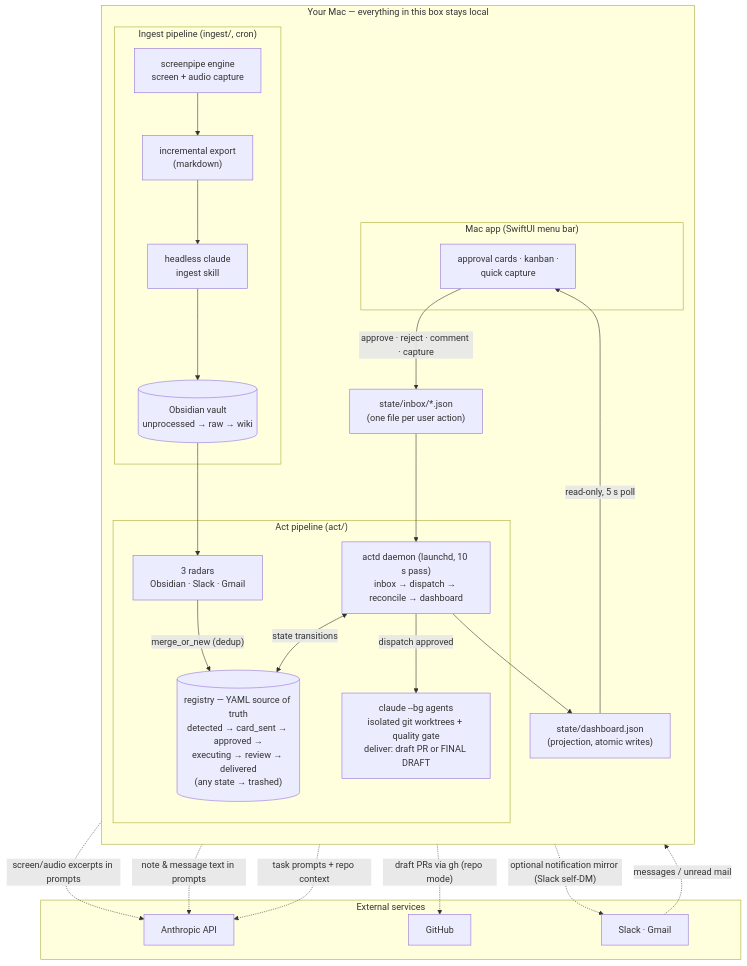
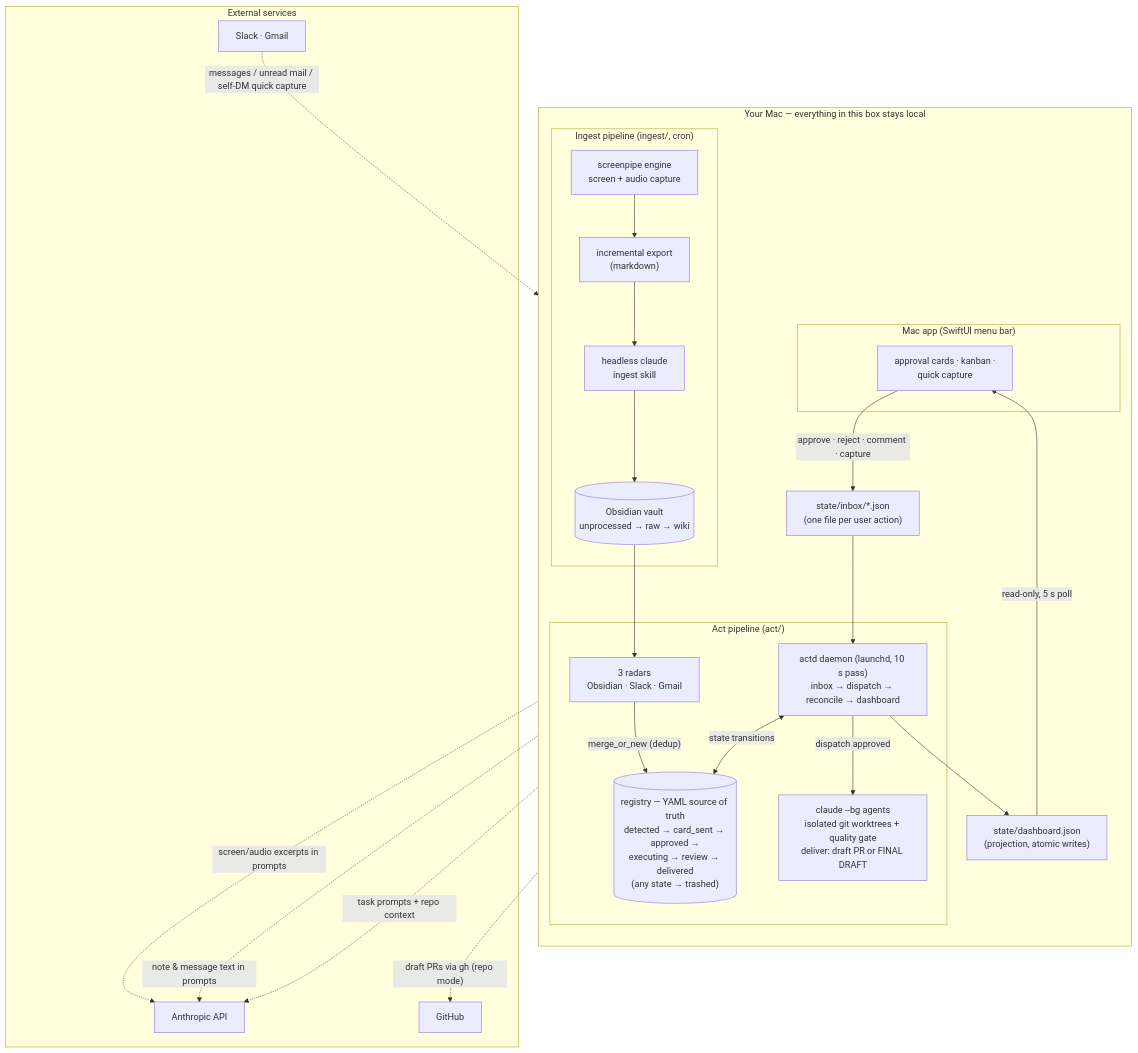
Before and after one commit to Wan-ZL/zelin-ai-assistant: the diagram in README.md, drawn with Mermaid. The commit also changed other lines of this file and 26 other files, not shown here.

````diff
--- a/README.md
+++ b/README.md
@@ -32,49 +32,48 @@
 ```mermaid
 flowchart TB
     subgraph MAC["Your Mac — everything in this box stays local"]
         direction TB
 
         subgraph INGEST["Ingest pipeline (ingest/, cron)"]
             SP["screenpipe engine<br/>screen + audio capture"] --> EXP["incremental export<br/>(markdown)"]
             EXP --> DISTILL["headless claude<br/>ingest skill"]
             DISTILL --> VAULT[("Obsidian vault<br/>unprocessed → raw → wiki")]
         end
 
         subgraph ACTP["Act pipeline (act/)"]
             RADARS["3 radars<br/>Obsidian · Slack · Gmail"]
             REG[("registry — YAML source of truth<br/>detected → card_sent → approved →<br/>executing → review → delivered<br/>(any state → trashed)")]
             ACTD["actd daemon (launchd, 10 s pass)<br/>inbox → dispatch → reconcile → dashboard"]
             AGENTS["claude --bg agents<br/>isolated git worktrees + quality gate<br/>deliver: draft PR or FINAL DRAFT"]
             RADARS -->|"merge_or_new (dedup)"| REG
             ACTD <-->|"state transitions"| REG
             ACTD -->|"dispatch approved"| AGENTS
         end
 
         VAULT --> RADARS
 
         DASH["state/dashboard.json<br/>(projection, atomic writes)"]
         INBOX["state/inbox/*.json<br/>(one file per user action)"]
 
         subgraph APP["Mac app (SwiftUI menu bar)"]
             UI["approval cards · kanban ·<br/>quick capture"]
         end
 
         ACTD --> DASH
         DASH -->|"read-only, 5 s poll"| UI
         UI -->|"approve · reject · comment · capture"| INBOX
         INBOX --> ACTD
     end
 
     subgraph EXT["External services"]
         ANTH["Anthropic API"]
         GH["GitHub"]
         SRC["Slack · Gmail"]
     end
 
     DISTILL -.->|"screen/audio excerpts in prompts"| ANTH
     RADARS -.->|"note & message text in prompts"| ANTH
     AGENTS -.->|"task prompts + repo context"| ANTH
     AGENTS -.->|"draft PRs via gh (repo mode)"| GH
-    SRC -.->|"messages / unread mail"| RADARS
-    ACTD -.->|"optional notification mirror (Slack self-DM)"| SRC
+    SRC -.->|"messages / unread mail / self-DM quick capture"| RADARS
 ```
````
